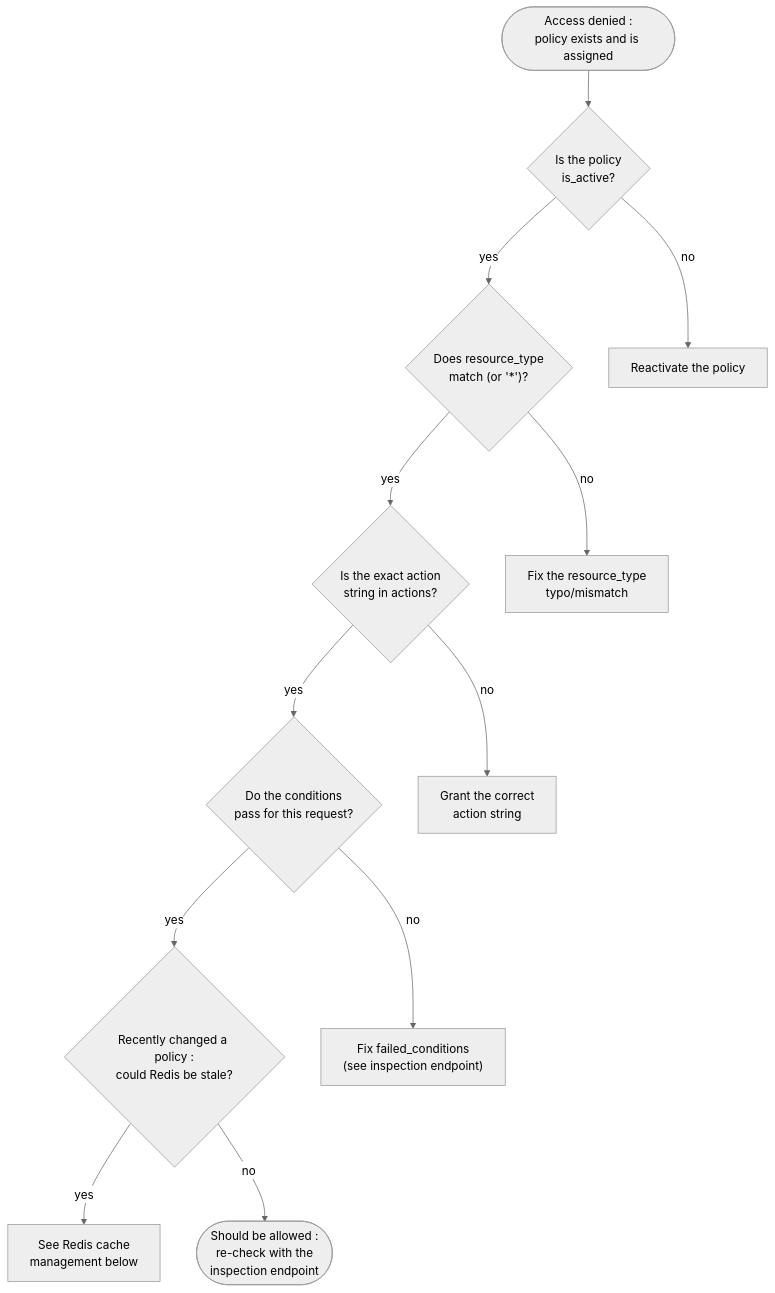
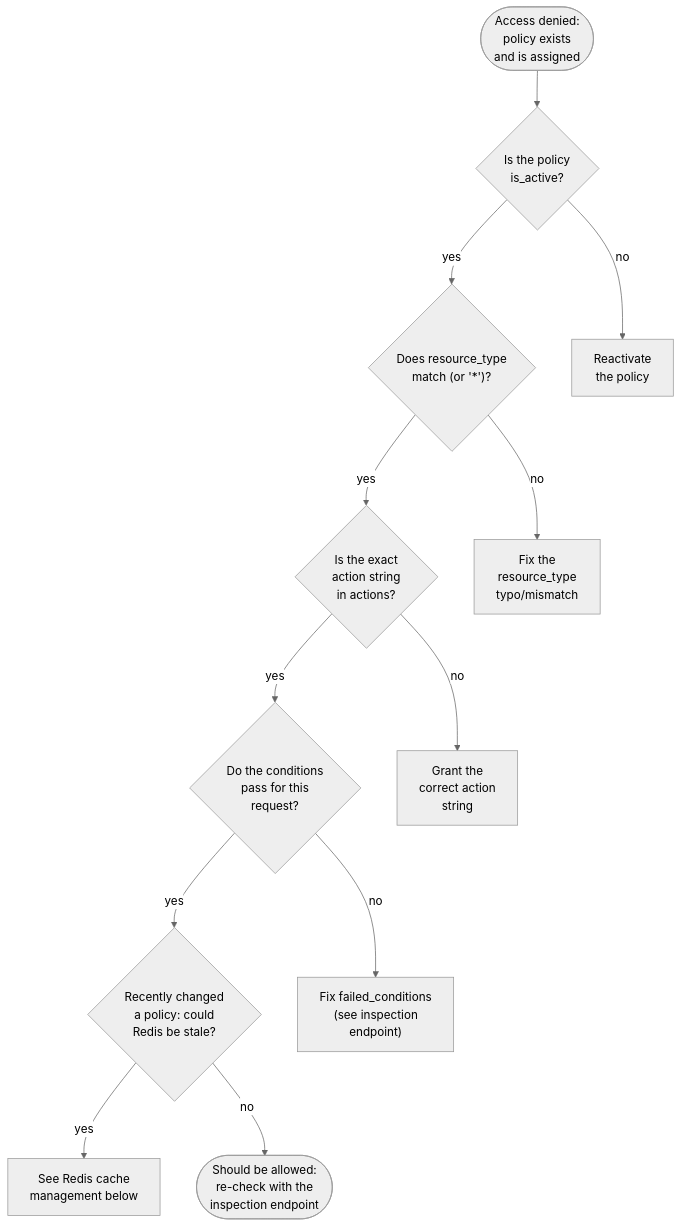
Before and after one commit to Nachiket-2024/mystic-auth: the diagram in docs/mystic_auth/authorization/troubleshooting.md, drawn with Mermaid (neutral theme). The commit also changed 305 other files, not shown here.

````diff
--- a/docs/mystic_auth/authorization/troubleshooting.md
+++ b/docs/mystic_auth/authorization/troubleshooting.md
@@ -24,27 +24,27 @@
 ```mermaid
 flowchart TD
-    Start(["Access denied :<br/>policy exists and is assigned"])
+    Start(["Access denied:<br/>policy exists<br/>and is assigned"])
     Active{"Is the policy<br/>is_active?"}
     ResType{"Does resource_type<br/>match (or '*')?"}
-    Action{"Is the exact action<br/>string in actions?"}
-    Cond{"Do the conditions<br/>pass for this request?"}
-    Cache{"Recently changed a policy :<br/>could Redis be stale?"}
-    Fix1["Reactivate the policy"]
-    Fix2["Fix the resource_type<br/>typo/mismatch"]
-    Fix3["Grant the correct<br/>action string"]
-    Fix4["Fix failed_conditions<br/>(see inspection endpoint)"]
+    Action{"Is the exact<br/>action string<br/>in actions?"}
+    Cond{"Do the conditions<br/>pass for this<br/>request?"}
+    Cache{"Recently changed<br/>a policy: could<br/>Redis be stale?"}
+    Fix1["Reactivate<br/>the policy"]
+    Fix2["Fix the<br/>resource_type<br/>typo/mismatch"]
+    Fix3["Grant the<br/>correct action<br/>string"]
+    Fix4["Fix failed_conditions<br/>(see inspection<br/>endpoint)"]
     Fix5["See Redis cache<br/>management below"]
-    Allowed(["Should be allowed :<br/>re-check with the<br/>inspection endpoint"])
+    Allowed(["Should be allowed:<br/>re-check with the<br/>inspection endpoint"])
 
     Start --> Active
     Active -- "no" --> Fix1
     Active -- "yes" --> ResType
     ResType -- "no" --> Fix2
     ResType -- "yes" --> Action
     Action -- "no" --> Fix3
     Action -- "yes" --> Cond
     Cond -- "no" --> Fix4
     Cond -- "yes" --> Cache
     Cache -- "yes" --> Fix5
     Cache -- "no" --> Allowed
 ```
````
